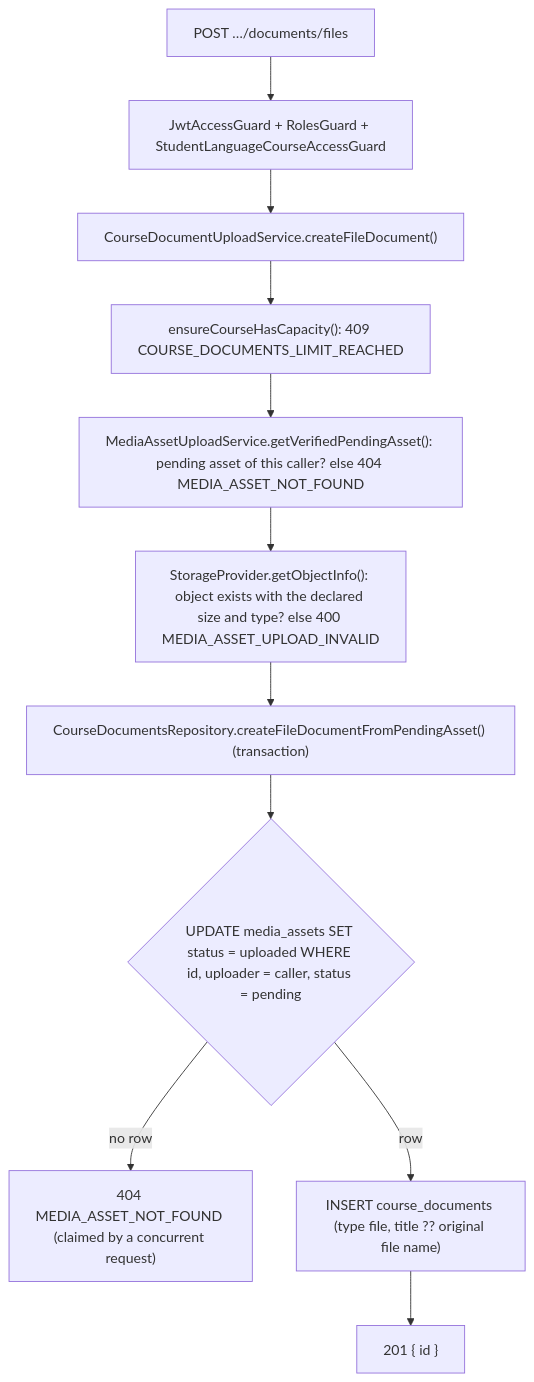
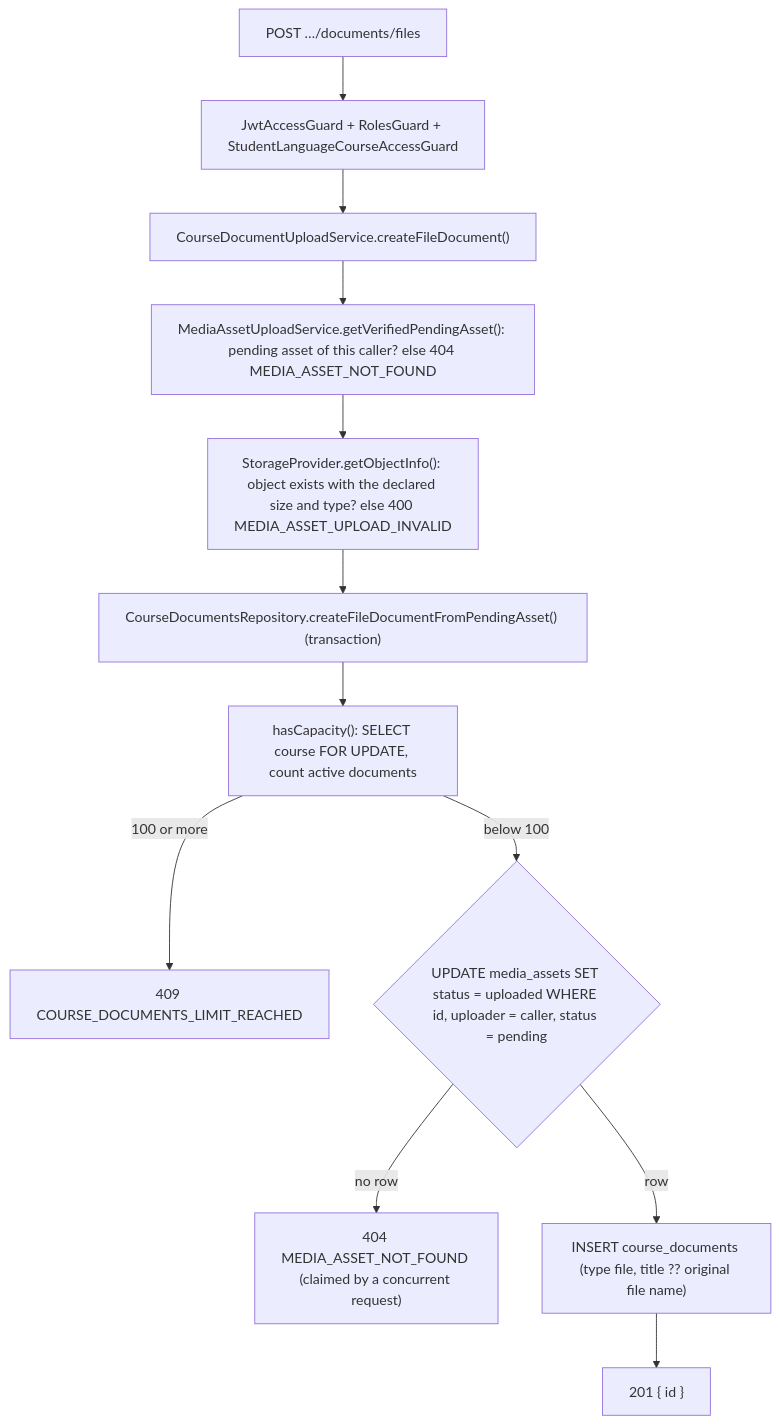
One commit to KaterynaKocheharova/Practice-app changed the third of 7 diagrams in back/docs/students/course-document-endpoints.md. Above: the diagram before and after it, drawn with Mermaid. The commit also changed other lines of this file and 12 other files, not shown here.

````diff
--- a/back/docs/students/course-document-endpoints.md
+++ b/back/docs/students/course-document-endpoints.md
@@ -68,13 +71,14 @@
 ```mermaid
 flowchart TD
   Request["POST …/documents/files"] --> Guards["JwtAccessGuard + RolesGuard + StudentLanguageCourseAccessGuard"]
   Guards --> Service["CourseDocumentUploadService.createFileDocument()"]
-  Service --> Limit["ensureCourseHasCapacity(): 409 COURSE_DOCUMENTS_LIMIT_REACHED"]
-  Limit --> Pending["MediaAssetUploadService.getVerifiedPendingAsset(): pending asset of this caller? else 404 MEDIA_ASSET_NOT_FOUND"]
+  Service --> Pending["MediaAssetUploadService.getVerifiedPendingAsset(): pending asset of this caller? else 404 MEDIA_ASSET_NOT_FOUND"]
   Pending --> Head["StorageProvider.getObjectInfo(): object exists with the declared size and type? else 400 MEDIA_ASSET_UPLOAD_INVALID"]
   Head --> Tx["CourseDocumentsRepository.createFileDocumentFromPendingAsset() (transaction)"]
-  Tx --> Claim{"UPDATE media_assets SET status = uploaded WHERE id, uploader = caller, status = pending"}
+  Tx --> Lock["hasCapacity(): SELECT course FOR UPDATE, count active documents"]
+  Lock -- 100 or more --> Full["409 COURSE_DOCUMENTS_LIMIT_REACHED"]
+  Lock -- below 100 --> Claim{"UPDATE media_assets SET status = uploaded WHERE id, uploader = caller, status = pending"}
   Claim -- no row --> Taken["404 MEDIA_ASSET_NOT_FOUND (claimed by a concurrent request)"]
   Claim -- row --> Insert["INSERT course_documents (type file, title ?? original file name)"]
   Insert --> Response["201 { id }"]
 ```
````
